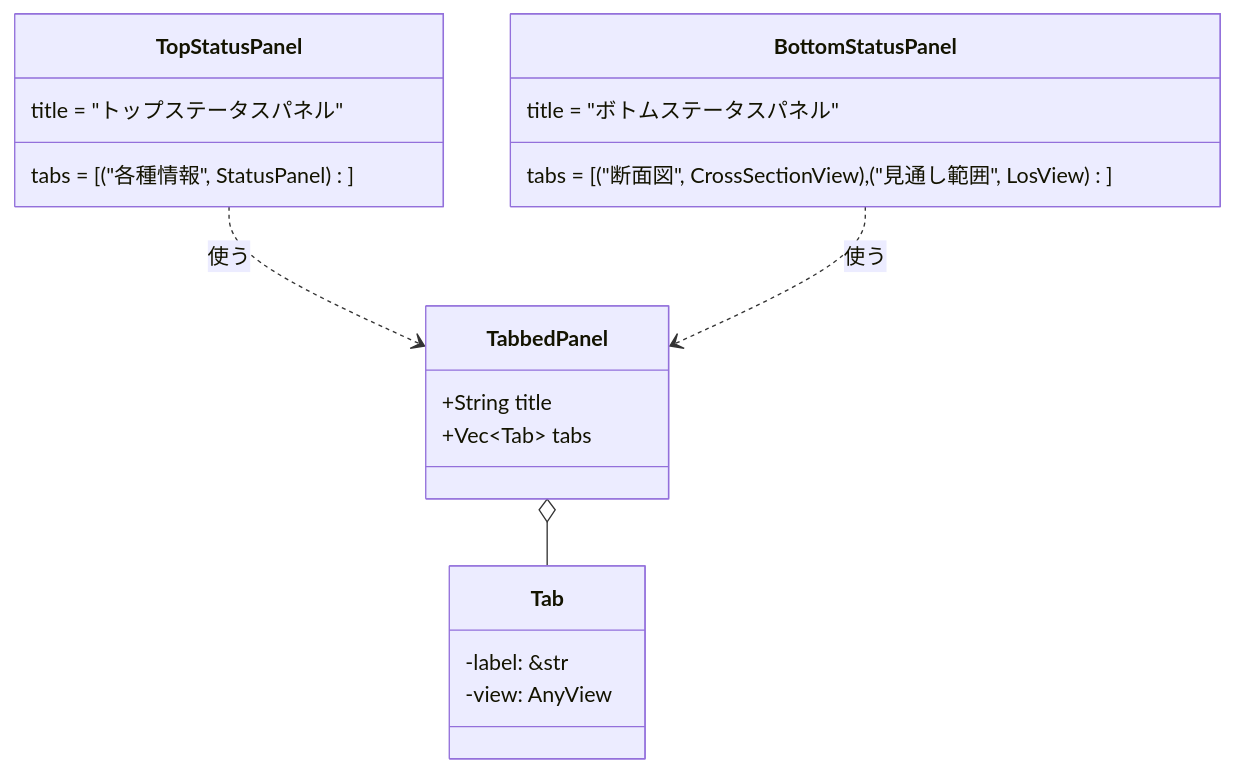
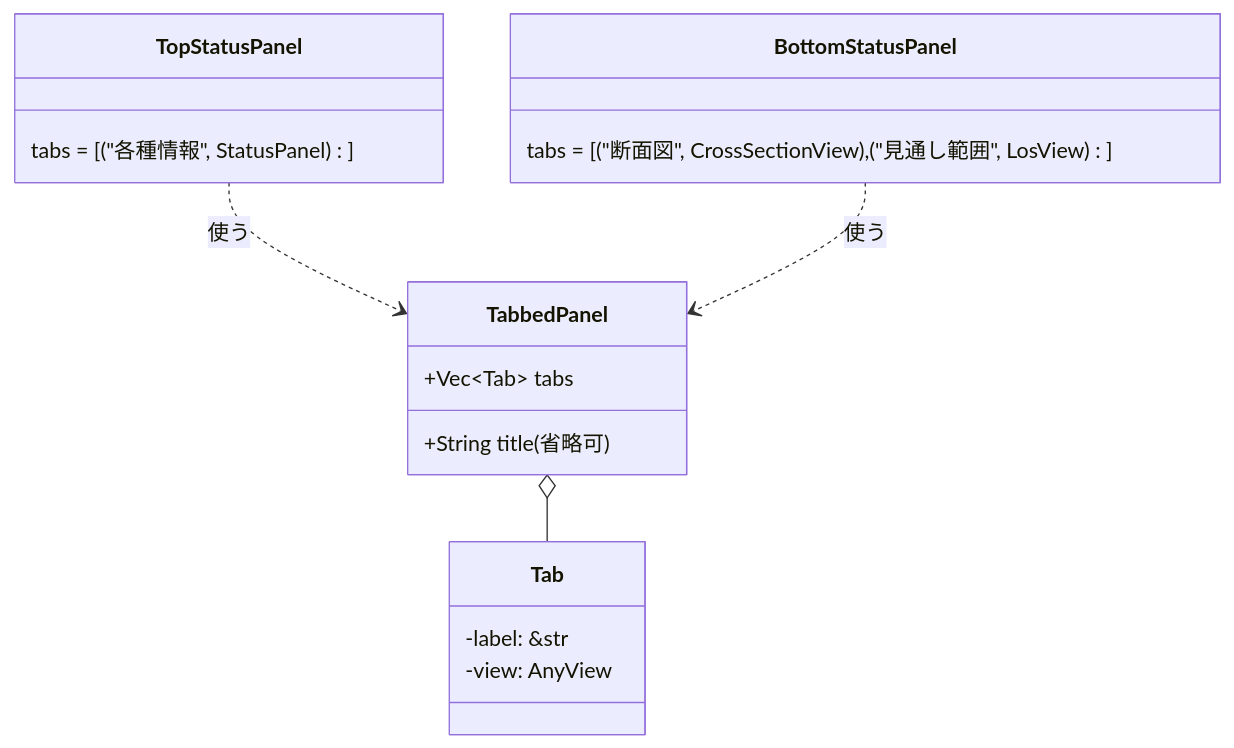
Diagram 15 of 16 in docs/DETAILED_DESIGN.md (ham1a6/SimulationView), drawn with Mermaid before and after one commit. The commit also changed other lines of this file and 6 other files, not shown here.

````diff
--- a/docs/DETAILED_DESIGN.md
+++ b/docs/DETAILED_DESIGN.md
@@ -1384,22 +1389,20 @@
 ```mermaid
 classDiagram
     class TabbedPanel {
-        +String title
+        +String title (省略可)
         +Vec~Tab~ tabs
     }
     class Tab {
         -label: &str
         -view: AnyView
     }
     class TopStatusPanel {
-        title = "トップステータスパネル"
         tabs = [("各種情報", StatusPanel)]
     }
     class BottomStatusPanel {
-        title = "ボトムステータスパネル"
         tabs = [("断面図", CrossSectionView), ("見通し範囲", LosView)]
     }
     TabbedPanel o-- Tab
     TopStatusPanel ..> TabbedPanel : 使う
     BottomStatusPanel ..> TabbedPanel : 使う
 ```
````
